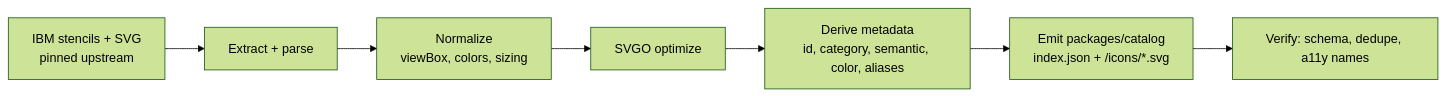
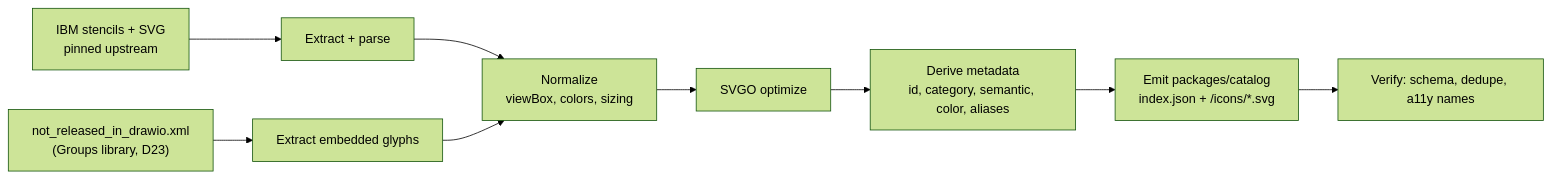
The diagram in docs/04-icon-catalog.md (iChintanSoni/ibm-cloud-architecture-diagram), drawn with Mermaid (forest theme) before and after one commit. The commit also changed other lines of this file and 60 other files, not shown here.

````diff
--- a/docs/04-icon-catalog.md
+++ b/docs/04-icon-catalog.md
@@ -30,9 +30,11 @@
 ```mermaid
 flowchart LR
   src[IBM stencils + SVG<br/>pinned upstream] --> extract[Extract + parse]
+  src2["not_released_in_drawio.xml<br/>(Groups library, D23)"] --> extract2[Extract embedded glyphs]
   extract --> normalize[Normalize<br/>viewBox, colors, sizing]
+  extract2 --> normalize
   normalize --> optimize[SVGO optimize]
   optimize --> meta[Derive metadata<br/>id, category, semantic, color, aliases]
   meta --> emit[Emit packages/catalog<br/>index.json + /icons/*.svg]
   emit --> verify[Verify: schema, dedupe, a11y names]
 ```
````
